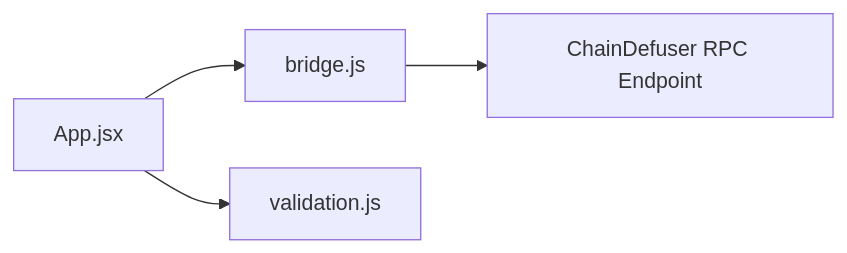
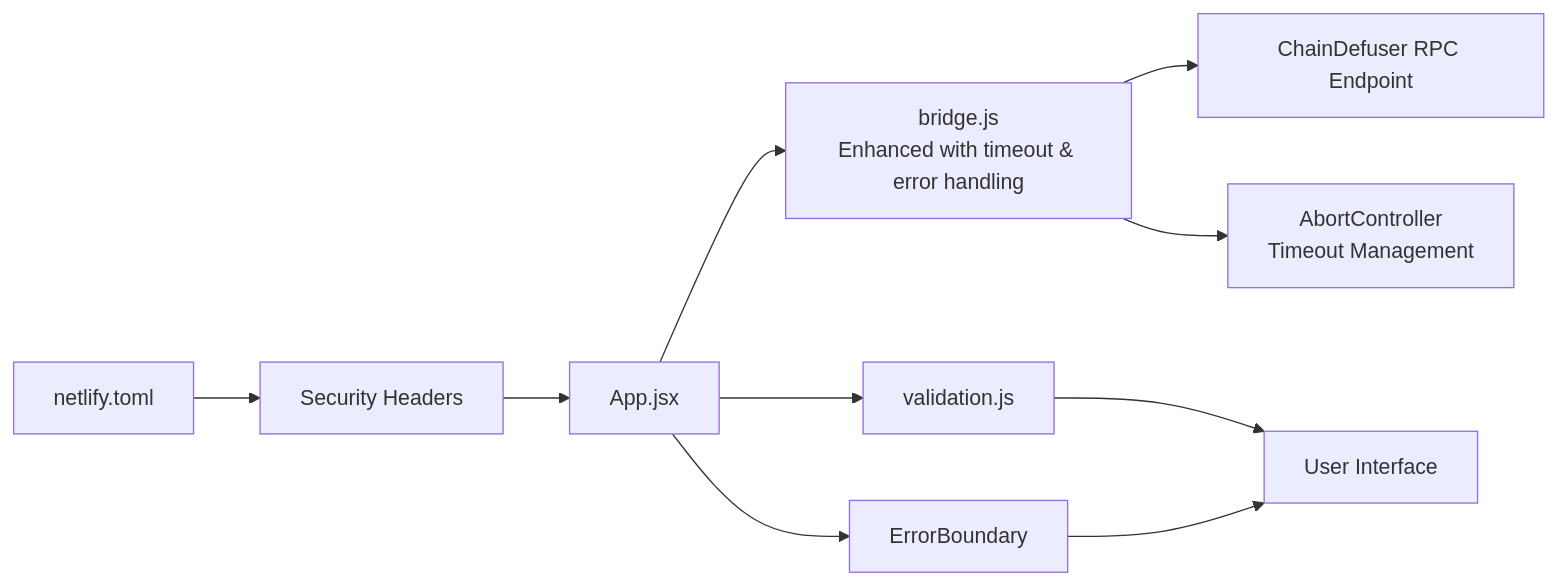
Before and after one commit to KaranMakani/deposit-fixer: the fifth of 5 diagrams in .qoder/repowiki/en/content/Technical Architecture/API Integration Layer.md, drawn with Mermaid. The commit also changed other lines of this file and 10 other files, not shown here.

````diff
--- a/.qoder/repowiki/en/content/Technical Architecture/API Integration Layer.md
+++ b/.qoder/repowiki/en/content/Technical Architecture/API Integration Layer.md
@@ -304,6 +384,12 @@
 ```mermaid
 graph LR
-App["App.jsx"] --> Bridge["bridge.js"]
+App["App.jsx"] --> Bridge["bridge.js<br/>Enhanced with timeout & error handling"]
 App --> Valid["validation.js"]
+App --> Error["ErrorBoundary"]
 Bridge --> RPC["ChainDefuser RPC Endpoint"]
+Bridge --> Abort["AbortController<br/>Timeout Management"]
+Valid --> UI["User Interface"]
+Error --> UI
+Netlify["netlify.toml"] --> Security["Security Headers"]
+Security --> App
 ```
````
